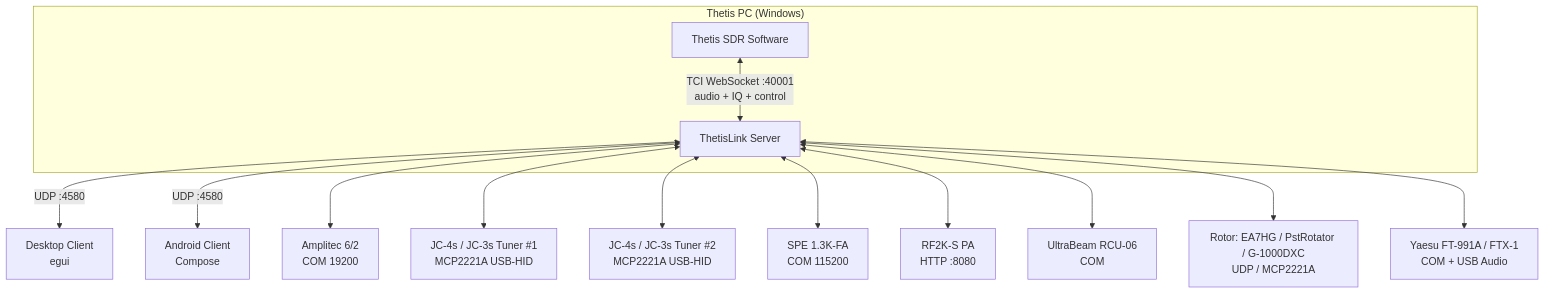
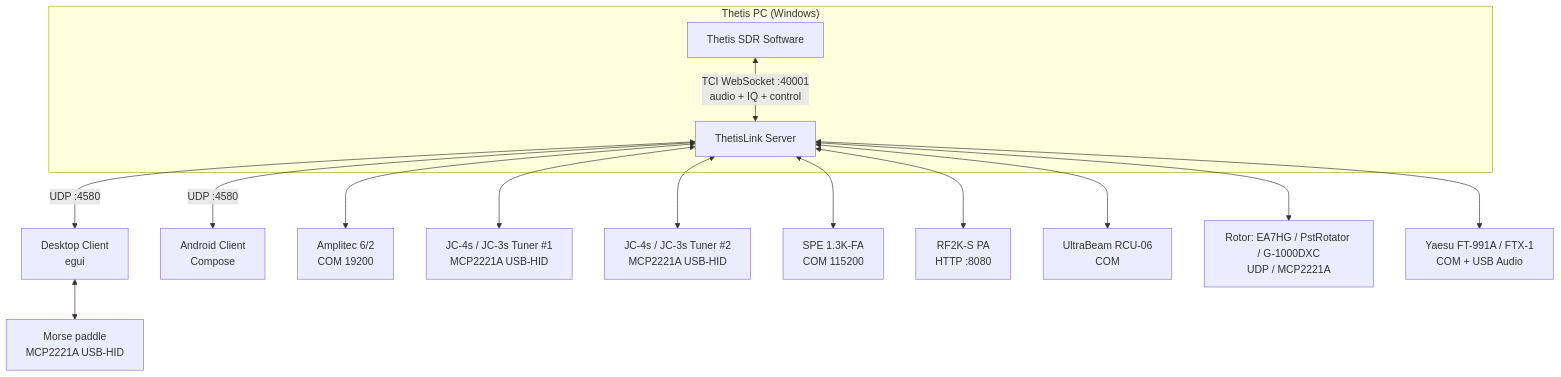
The diagram in User-Manual-EN.md (cjenschede/ThetisLink), drawn with Mermaid before and after one commit. The commit also changed other lines of this file and 109 other files, not shown here.

````diff
--- a/User-Manual-EN.md
+++ b/User-Manual-EN.md
@@ -80,18 +80,19 @@
 ```mermaid
 flowchart TB
     subgraph "Thetis PC (Windows)"
         Thetis[Thetis SDR Software]
         Server[ThetisLink Server]
         Thetis <-->|"TCI WebSocket :40001<br>audio + IQ + control"| Server
     end
     Server <-->|"UDP :4580"| Desktop[Desktop Client<br>egui]
     Server <-->|"UDP :4580"| Android[Android Client<br>Compose]
     Server <--> Amplitec[Amplitec 6/2<br>COM 19200]
     Server <--> Tuner1[JC-4s / JC-3s Tuner #1<br>MCP2221A USB-HID]
     Server <--> Tuner2[JC-4s / JC-3s Tuner #2<br>MCP2221A USB-HID]
     Server <--> SPE[SPE 1.3K-FA<br>COM 115200]
     Server <--> RF2K[RF2K-S PA<br>HTTP :8080]
     Server <--> UB[UltraBeam RCU-06<br>COM]
     Server <--> Rotor[Rotor: EA7HG / PstRotator / G-1000DXC<br>UDP / MCP2221A]
     Server <--> Yaesu[Yaesu FT-991A / FTX-1<br>COM + USB Audio]
+    Desktop <--> Paddle[Morse paddle<br>MCP2221A USB-HID]
 ```
````
